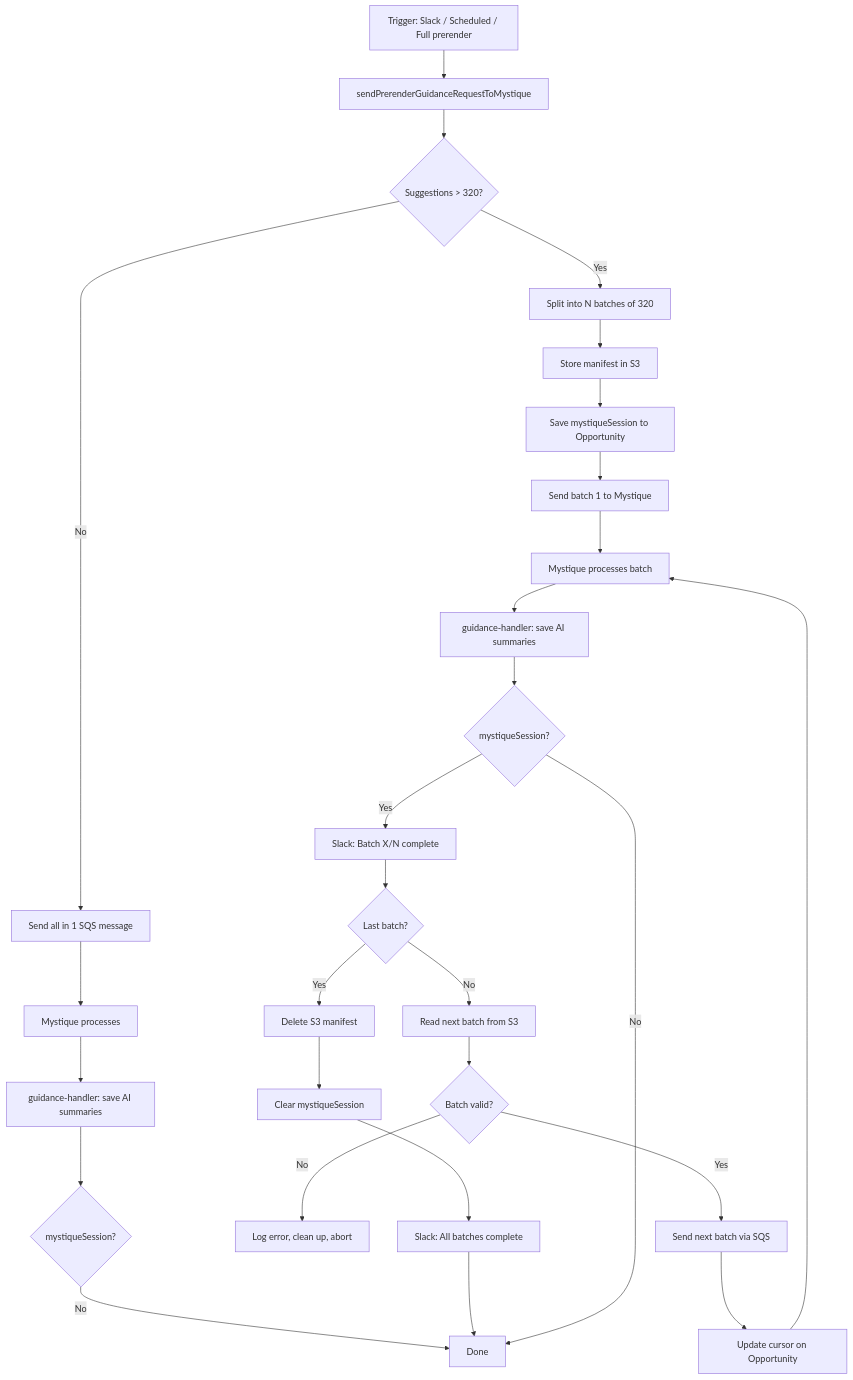
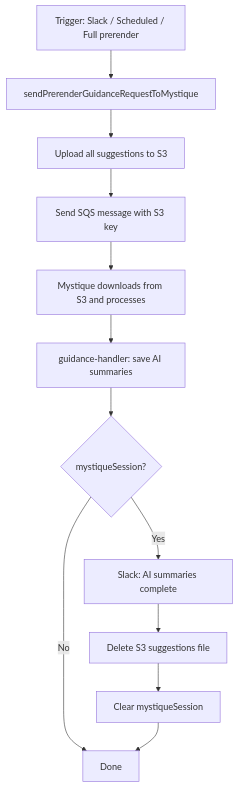
The diagram in docs/specs/2026-06-22-sequential-mystique-batch-processing.md (adobe/spacecat-audit-worker), drawn with Mermaid before and after one commit. The commit also changed other lines of this file and 5 other files, not shown here.

Commit message:
refactor(prerender): upload suggestions to S3 and send S3 link to Mystique instead of inline payload

````diff
--- a/docs/specs/2026-06-22-sequential-mystique-batch-processing.md
+++ b/docs/specs/2026-06-22-sequential-mystique-batch-processing.md
@@ -47,36 +45,16 @@
 ```mermaid
 flowchart TD
     A[Trigger: Slack / Scheduled / Full prerender] --> B[sendPrerenderGuidanceRequestToMystique]
-    B --> C{Suggestions > 320?}
+    B --> C[Upload all suggestions to S3]
+    C --> D[Send SQS message with S3 key]
 
-    C -- No --> D[Send all in 1 SQS message]
-    D --> E[Mystique processes]
+    D --> E[Mystique downloads from S3 and processes]
     E --> F[guidance-handler: save AI summaries]
     F --> G{mystiqueSession?}
+
     G -- No --> H[Done]
-
-    C -- Yes --> I[Split into N batches of 320]
-    I --> J[Store manifest in S3]
-    J --> K[Save mystiqueSession to Opportunity]
-    K --> L[Send batch 1 to Mystique]
-
-    L --> M[Mystique processes batch]
-    M --> N[guidance-handler: save AI summaries]
-    N --> O{mystiqueSession?}
-    O -- Yes --> P[Slack: Batch X/N complete]
-    P --> Q{Last batch?}
-
-    Q -- No --> R[Read next batch from S3]
-    R --> S{Batch valid?}
-    S -- No --> T[Log error, clean up, abort]
-    S -- Yes --> U[Send next batch via SQS]
-    U --> V[Update cursor on Opportunity]
-    V --> M
-
-    Q -- Yes --> W[Delete S3 manifest]
-    W --> X[Clear mystiqueSession]
-    X --> Y[Slack: All batches complete]
-    Y --> H
-
-    O -- No --> H
+    G -- Yes --> I[Slack: AI summaries complete]
+    I --> J[Delete S3 suggestions file]
+    J --> K[Clear mystiqueSession]
+    K --> H
 ```
````
